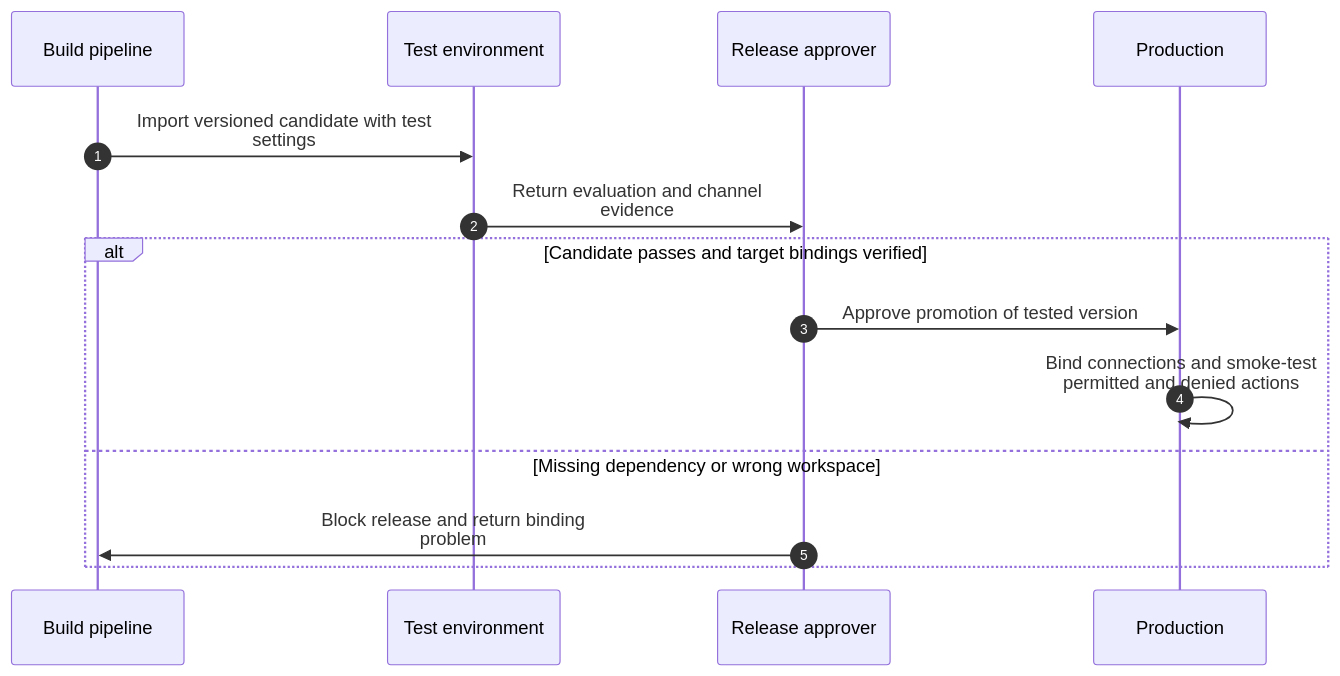
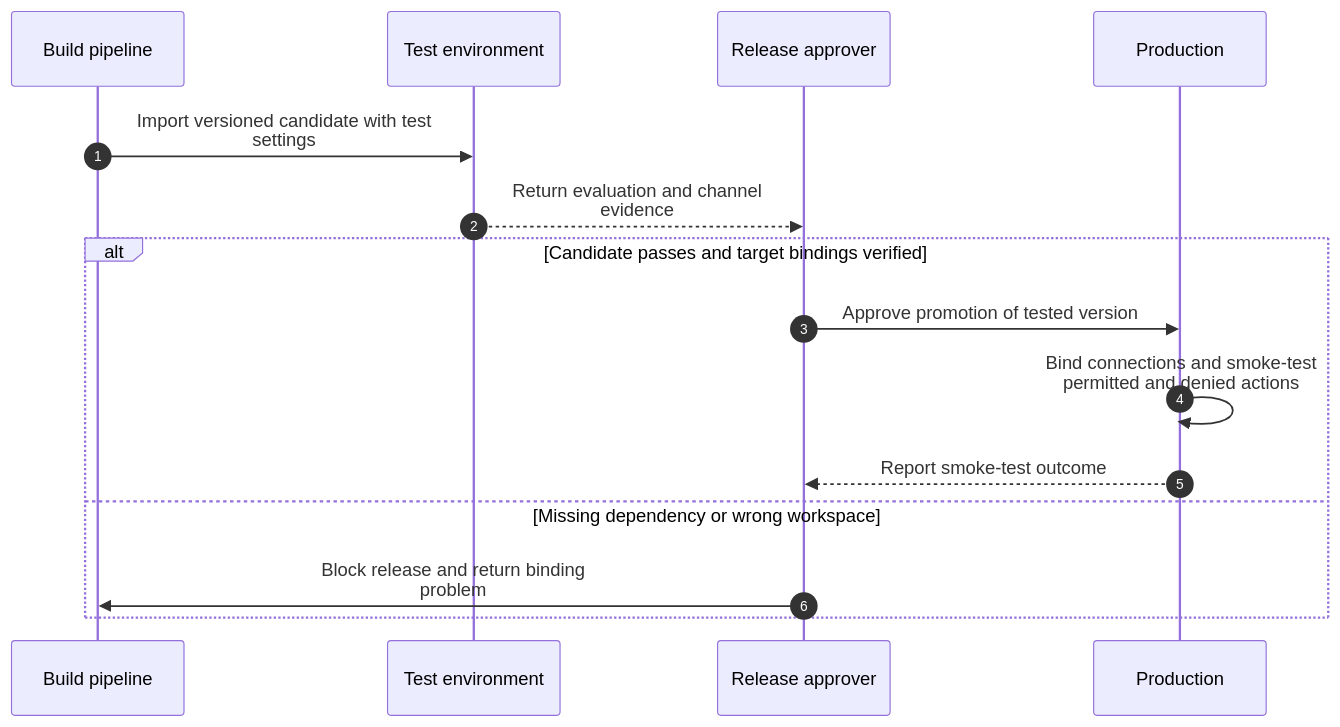
Before and after one commit to abhishek-ai-enabler/copilotstudio-architecture-patterns: the second of 2 diagrams in technical-patterns/solution-promotion.md, drawn with Mermaid. The commit also changed other lines of this file and 41 other files, not shown here.

First line of the commit message:
Review diagrams: add return paths and fix flow accuracy

````diff
--- a/technical-patterns/solution-promotion.md
+++ b/technical-patterns/solution-promotion.md
@@ -34,17 +35,18 @@
 ```mermaid
 sequenceDiagram
     accTitle: Promote one tested solution with environment-specific bindings - technical flow
     autonumber
     participant D as Build pipeline
     participant T as Test environment
     participant H as Release approver
     participant P as Production
     D->>T: Import versioned candidate with test<br/>settings
-    T->>H: Return evaluation and channel<br/>evidence
+    T-->>H: Return evaluation and channel<br/>evidence
     alt Candidate passes and target bindings verified
-        H->>P: Approve promotion of tested version
-        P->>P: Bind connections and smoke-test<br/>permitted and denied actions
+      H->>P: Approve promotion of tested version
+      P->>P: Bind connections and smoke-test<br/>permitted and denied actions
+      P-->>H: Report smoke-test outcome
     else Missing dependency or wrong workspace
-        H->>D: Block release and return binding<br/>problem
+      H->>D: Block release and return binding<br/>problem
     end
 ```
````
